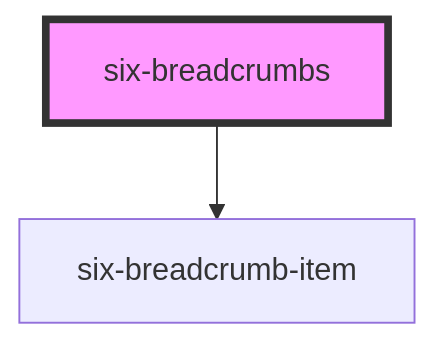
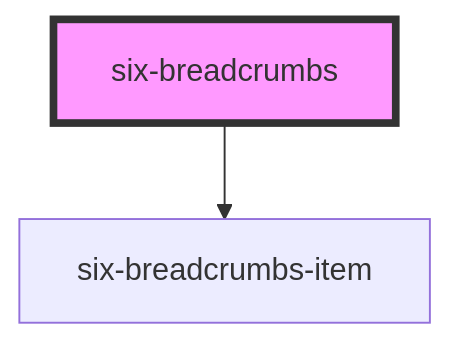
Before and after one commit to six-group/six-webcomponents: the diagram in libraries/ui-library/src/components/six-breadcrumbs/readme.md, drawn with Mermaid. The commit also changed other lines of this file and 14 other files, not shown here.

Commit message:
fix: renamed to six-breadcrumbs-item

````diff
--- a/libraries/ui-library/src/components/six-breadcrumbs/readme.md
+++ b/libraries/ui-library/src/components/six-breadcrumbs/readme.md
@@ -22,5 +29,5 @@
 ```mermaid
 graph TD;
-  six-breadcrumbs --> six-breadcrumb-item
+  six-breadcrumbs --> six-breadcrumbs-item
   style six-breadcrumbs fill:#f9f,stroke:#333,stroke-width:4px
 ```
````
